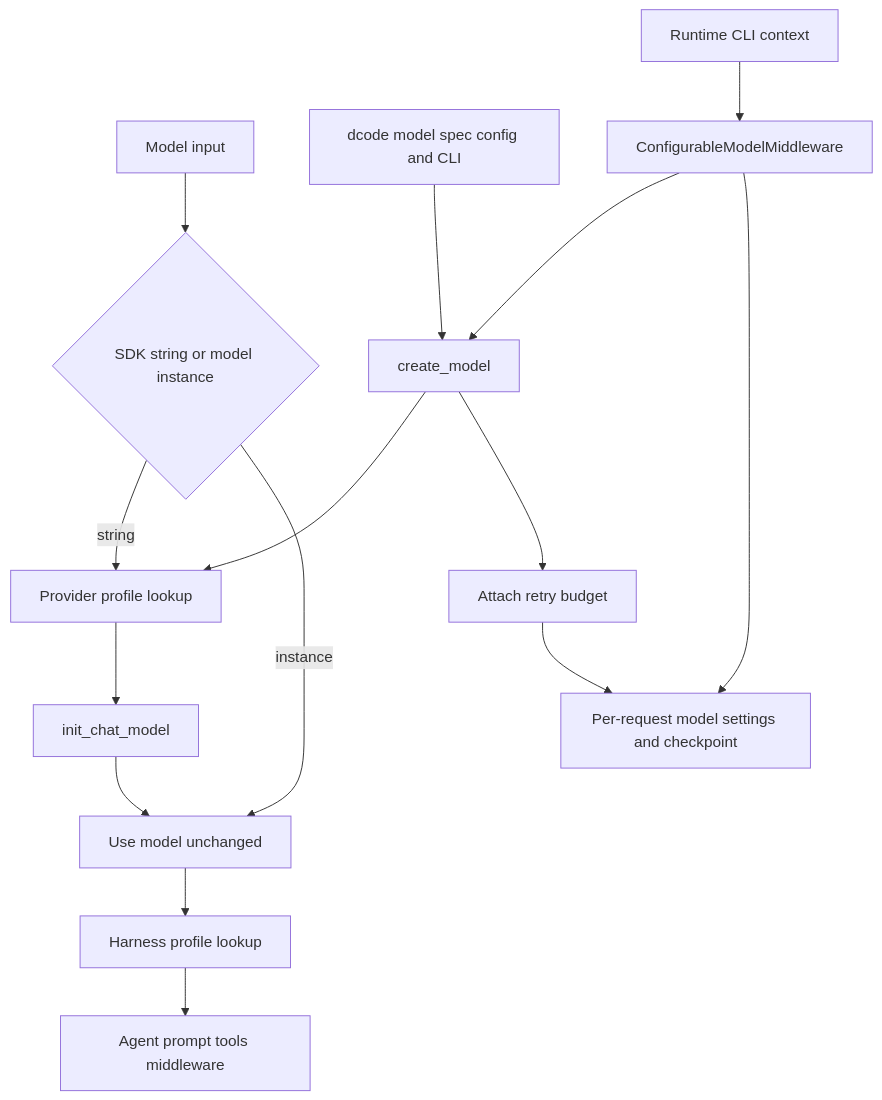
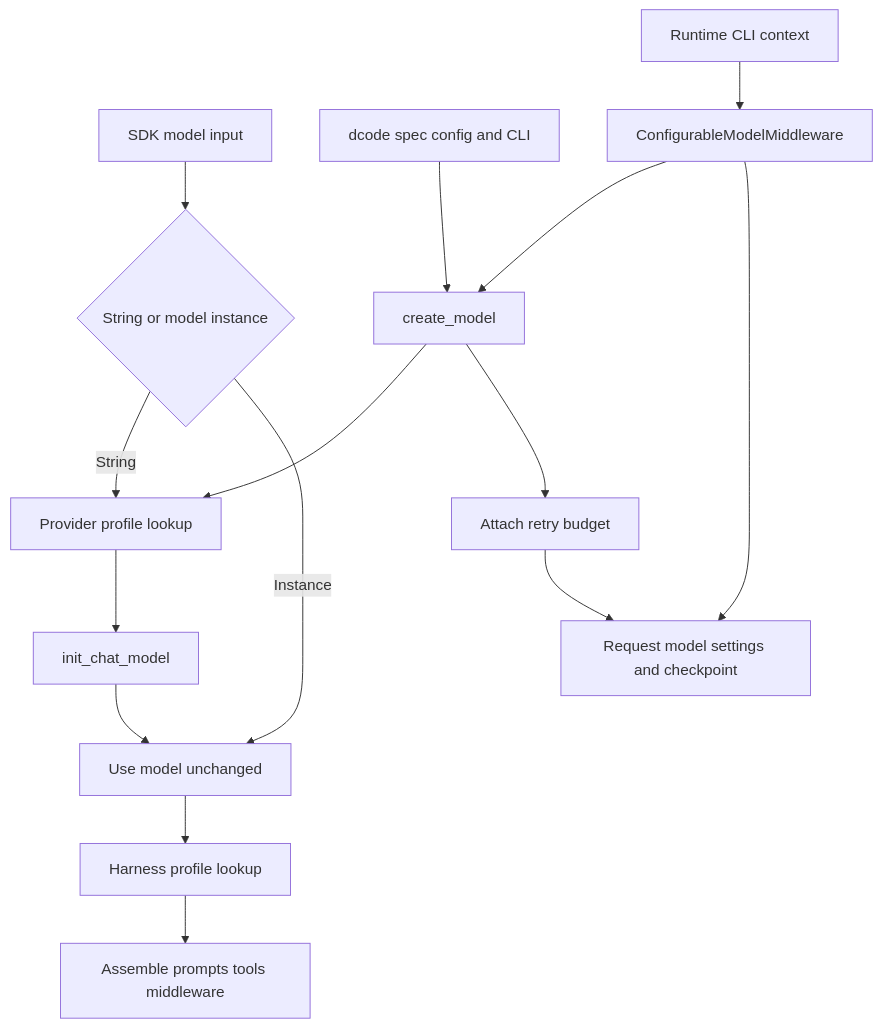
Before and after one commit to jkennedyvz/deepagents: the diagram in openwiki/concepts/profiles-models.md, drawn with Mermaid. The commit also changed other lines of this file and 63 other files, not shown here.

````diff
--- a/openwiki/concepts/profiles-models.md
+++ b/openwiki/concepts/profiles-models.md
@@ -45,17 +45,17 @@
 ```mermaid
 flowchart TD
-    Input["Model input"] --> Sdk{"SDK string or model instance"}
-    Sdk -->|"string"| Provider["Provider profile lookup"]
+    Input["SDK model input"] --> Kind{"String or model instance"}
+    Kind -->|"String"| Provider["Provider profile lookup"]
     Provider --> Construct["init_chat_model"]
-    Sdk -->|"instance"| Built["Use model unchanged"]
+    Kind -->|"Instance"| Built["Use model unchanged"]
     Construct --> Built
     Built --> Harness["Harness profile lookup"]
-    Harness --> Agent["Agent prompt tools middleware"]
-    Dcode["dcode model spec config and CLI"] --> Create["create_model"]
+    Harness --> Agent["Assemble prompts tools middleware"]
+    Dcode["dcode spec config and CLI"] --> Create["create_model"]
     Create --> Provider
-    Create --> Stamp["Attach retry budget"]
-    Session["Runtime CLI context"] --> Swap["ConfigurableModelMiddleware"]
-    Swap --> Create
-    Swap --> Request["Per-request model settings and checkpoint"]
-    Stamp --> Request
+    Create --> Budget["Attach retry budget"]
+    Context["Runtime CLI context"] --> Switch["ConfigurableModelMiddleware"]
+    Switch --> Create
+    Switch --> Request["Request model settings and checkpoint"]
+    Budget --> Request
 ```
````
